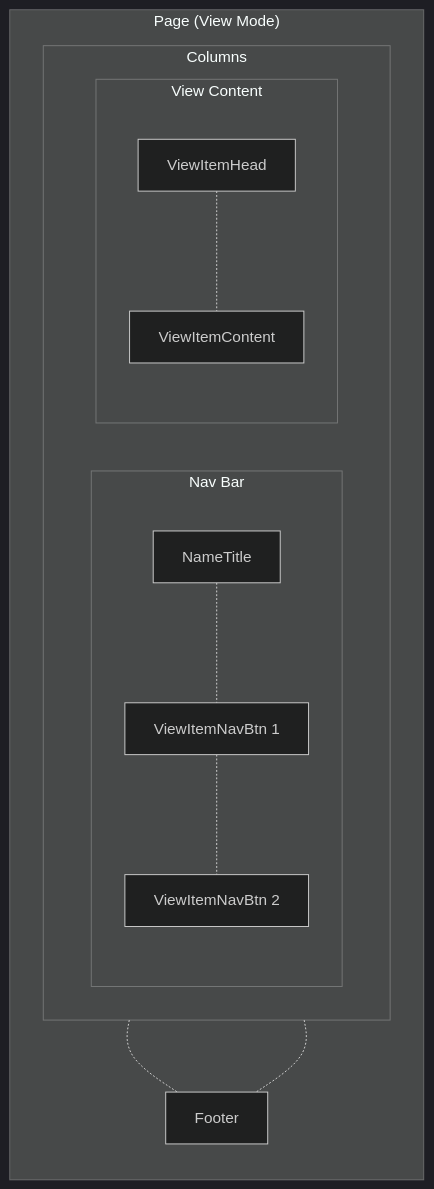
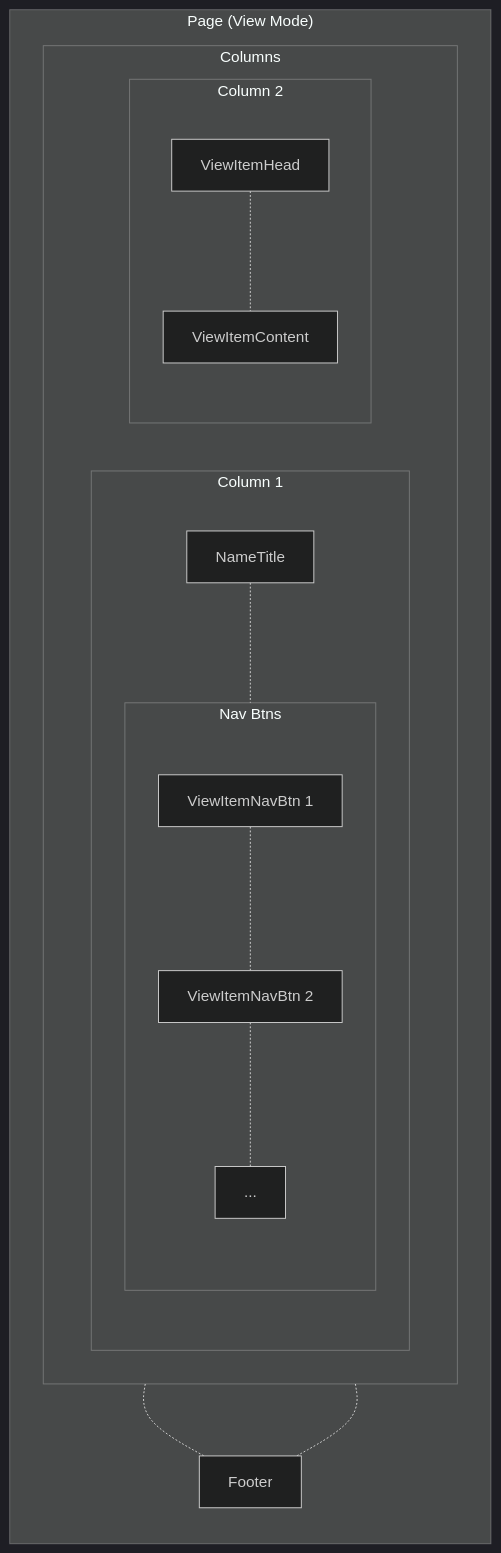
Before and after one commit to alankrantas/alankrantas.github.io: the second of 2 diagrams in README.md, drawn with Mermaid (dark theme). The commit also changed other lines of this file, not shown here.

````diff
--- a/README.md
+++ b/README.md
@@ -50,25 +52,30 @@
 ```mermaid
 flowchart TD
   subgraph n0 ["Page (View Mode)"]
     direction TB
     subgraph n1 [Columns]
         direction LR
-        subgraph n2 [Nav Bar]
+        subgraph n2 [Column 1]
             direction TB
             n3[NameTitle];
-            n4[ViewItemNavBtn 1];
-            n5[ViewItemNavBtn 2];
-            n3-.-n4-.-n5;
+            subgraph n4 [Nav Btns]
+                direction TB
+                n5[ViewItemNavBtn 1];
+                n6[ViewItemNavBtn 2];
+                n7[...];
+                n5-.-n6-.-n7;
+            end
+            n3-.-n4;
         end
-        subgraph n6 [View Content]
+        subgraph n8 [Column 2]
             direction TB
-            n7[ViewItemHead];
-            n8[ViewItemContent];
-            n7-.-n8;
+            n9[ViewItemHead];
+            n10[ViewItemContent];
+            n9-.-n10;
         end
     end
-    n9[Footer];
-    n2-.-n9;
-    n6-.-n9;
+    n11[Footer];
+    n2-.-n11;
+    n8-.-n11;
   end
 ```
````
